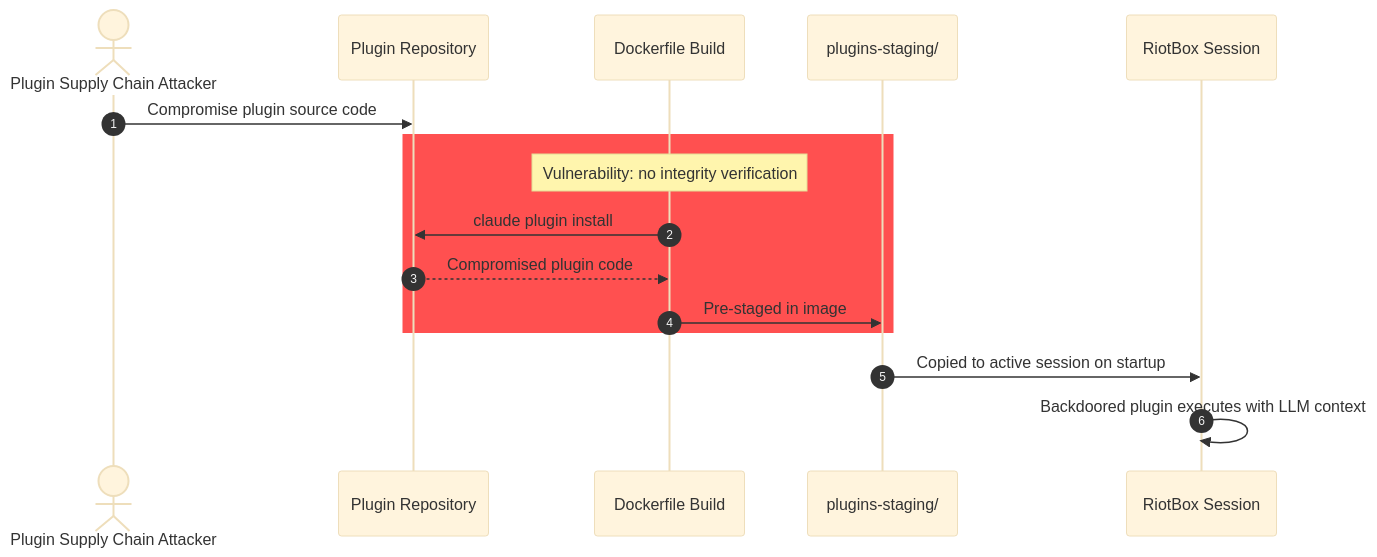
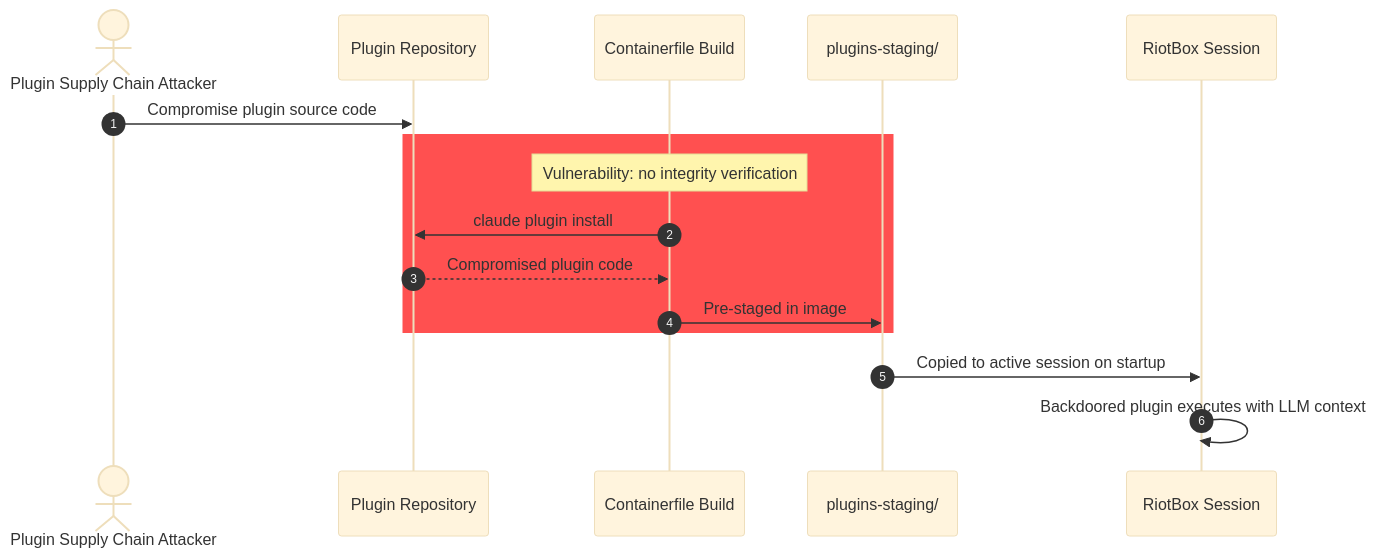
One commit to trevor-vaughan/claude-riotbox changed the eighth of 13 diagrams in THREAT_MODEL.md. Above: the diagram before and after it, drawn with Mermaid. The commit also changed other lines of this file and 8 other files, not shown here.

````diff
--- a/THREAT_MODEL.md
+++ b/THREAT_MODEL.md
@@ -2359,20 +2448,20 @@
 ```mermaid
 %%{init: {'theme': 'base'}}%%
 sequenceDiagram
   autonumber
   actor Attacker as Plugin Supply Chain Attacker
   participant Repo as Plugin Repository
-  participant Build as Dockerfile Build
+  participant Build as Containerfile Build
   participant Staging as plugins-staging/
   participant Session as RiotBox Session
 
   Attacker->>Repo: Compromise plugin source code
   rect rgb(255, 80, 80)
     Note over Build: Vulnerability: no integrity verification
     Build->>Repo: claude plugin install
     Repo-->>Build: Compromised plugin code
     Build->>Staging: Pre-staged in image
   end
   Staging->>Session: Copied to active session on startup
   Session->>Session: Backdoored plugin executes with LLM context
 ```
````
